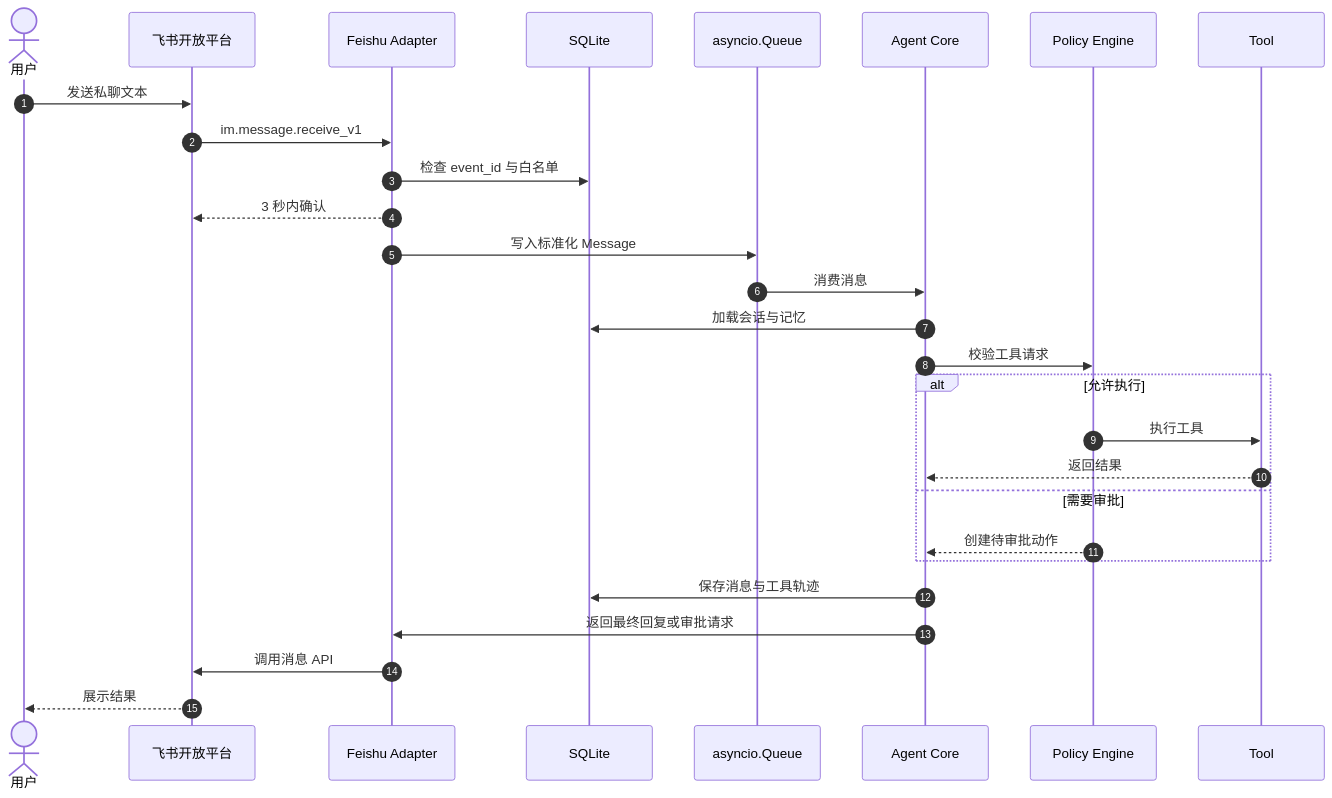
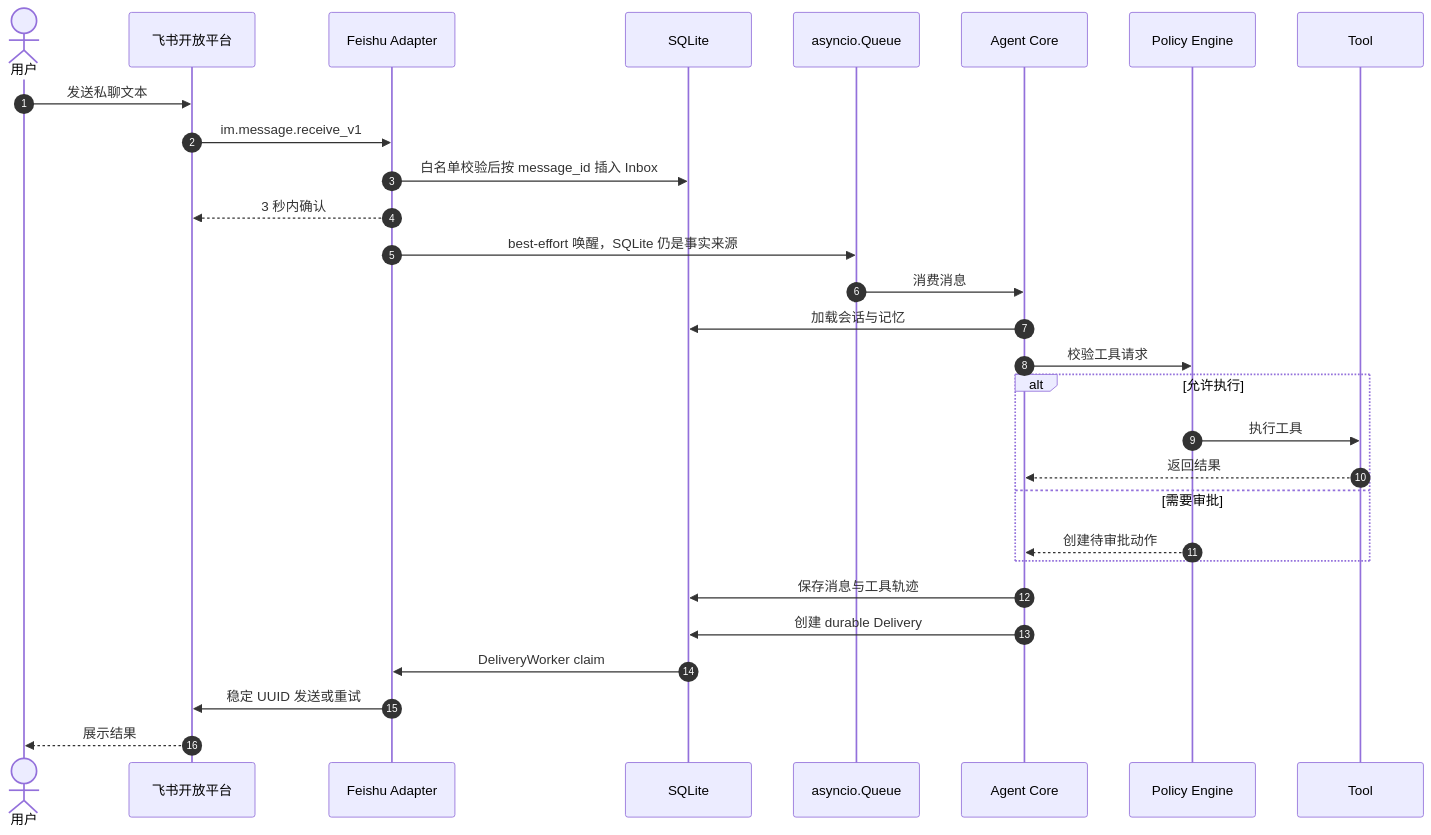
The third of 10 diagrams in docs/product/20260807_产品需求文档.md (NEDONION/lobster0), drawn with Mermaid before and after one commit. The commit also changed other lines of this file and 12 other files, not shown here.

````diff
--- a/docs/product/20260807_产品需求文档.md
+++ b/docs/product/20260807_产品需求文档.md
@@ -151,31 +151,32 @@
 ```mermaid
 sequenceDiagram
     autonumber
     actor User as 用户
     participant Feishu as 飞书开放平台
     participant Adapter as Feishu Adapter
     participant DB as SQLite
     participant Queue as asyncio.Queue
     participant Agent as Agent Core
     participant Policy as Policy Engine
     participant Tool as Tool
 
     User->>Feishu: 发送私聊文本
     Feishu->>Adapter: im.message.receive_v1
-    Adapter->>DB: 检查 event_id 与白名单
+    Adapter->>DB: 白名单校验后按 message_id 插入 Inbox
     Adapter-->>Feishu: 3 秒内确认
-    Adapter->>Queue: 写入标准化 Message
+    Adapter->>Queue: best-effort 唤醒，SQLite 仍是事实来源
     Queue->>Agent: 消费消息
     Agent->>DB: 加载会话与记忆
     Agent->>Policy: 校验工具请求
     alt 允许执行
         Policy->>Tool: 执行工具
         Tool-->>Agent: 返回结果
     else 需要审批
         Policy-->>Agent: 创建待审批动作
     end
     Agent->>DB: 保存消息与工具轨迹
-    Agent->>Adapter: 返回最终回复或审批请求
-    Adapter->>Feishu: 调用消息 API
+    Agent->>DB: 创建 durable Delivery
+    DB->>Adapter: DeliveryWorker claim
+    Adapter->>Feishu: 稳定 UUID 发送或重试
     Feishu-->>User: 展示结果
 ```
````
